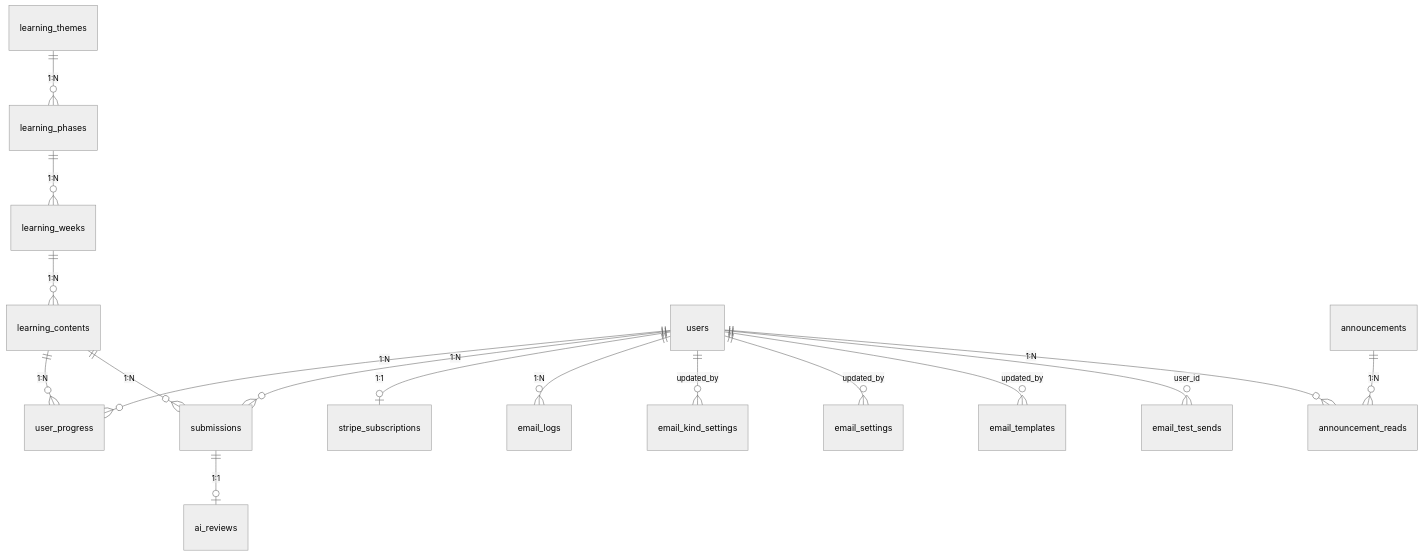
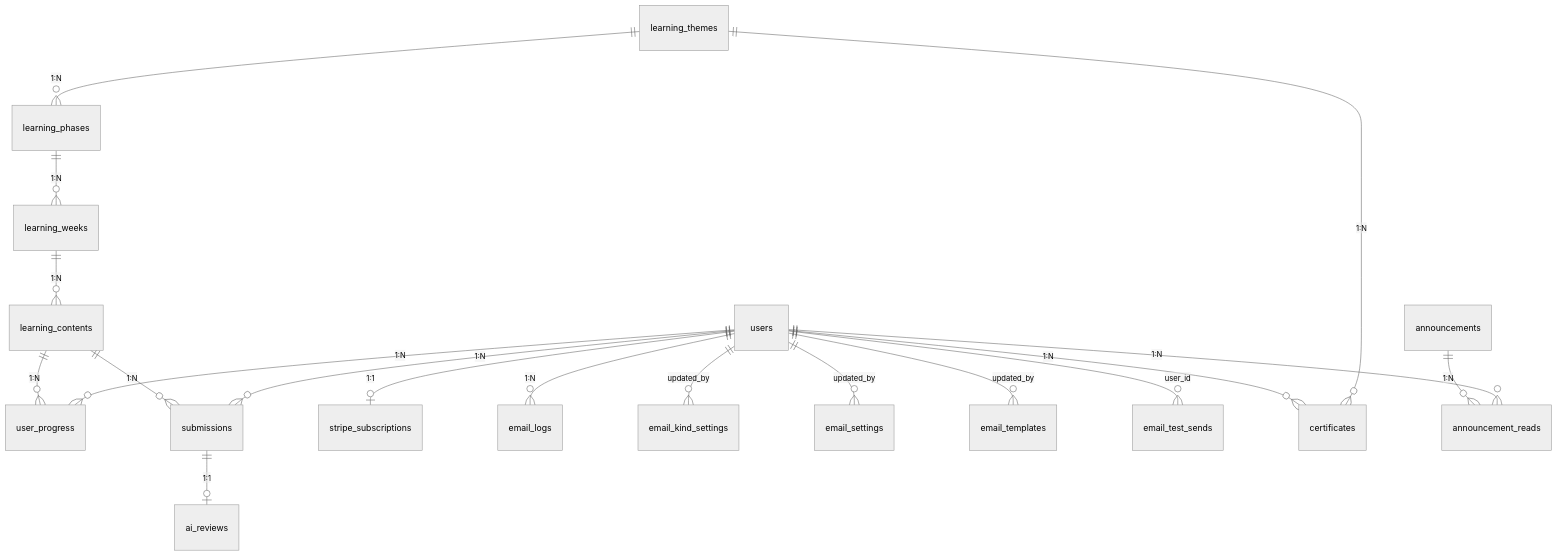
Before and after one commit to Singuralitylabs/sinlab-study: the diagram in docs/database.md, drawn with Mermaid (neutral theme). The commit also changed other lines of this file and 37 other files, not shown here.

````diff
--- a/docs/database.md
+++ b/docs/database.md
@@ -26,19 +26,21 @@
 ```mermaid
 erDiagram
     learning_themes ||--o{ learning_phases : "1:N"
     learning_phases ||--o{ learning_weeks : "1:N"
     learning_weeks ||--o{ learning_contents : "1:N"
     learning_contents ||--o{ user_progress : "1:N"
     learning_contents ||--o{ submissions : "1:N"
     users ||--o{ user_progress : "1:N"
     users ||--o{ submissions : "1:N"
     submissions ||--o| ai_reviews : "1:1"
     users ||--o| stripe_subscriptions : "1:1"
     users ||--o{ email_logs : "1:N"
     users ||--o{ email_kind_settings : "updated_by"
     users ||--o{ email_settings : "updated_by"
     users ||--o{ email_templates : "updated_by"
     users ||--o{ email_test_sends : "user_id"
+    users ||--o{ certificates : "1:N"
+    learning_themes ||--o{ certificates : "1:N"
     announcements ||--o{ announcement_reads : "1:N"
     users ||--o{ announcement_reads : "1:N"
 ```
````
